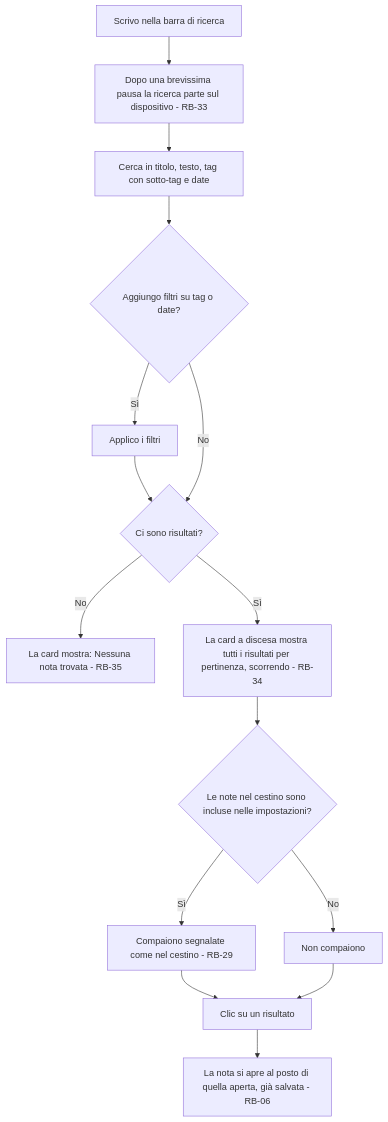
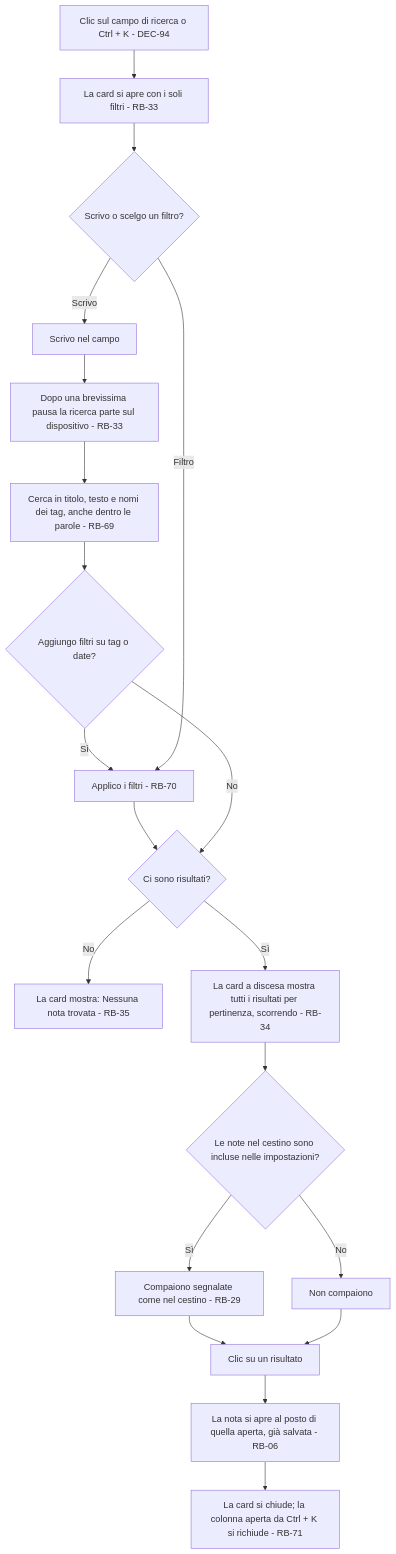
One commit to Helmutsti/MemoDu changed the second of 3 diagrams in docs/moduli/organizzazione/2-flussi.md. Above: the diagram before and after it, drawn with Mermaid. The commit also changed other lines of this file and 15 other files, not shown here.

First line of the commit message:
DEC-94 RF-08 SC-01 SC-06 CMP-13 RB-69 … RB-72: ricerca in cima alla colonna, mockup approvati

````diff
--- a/docs/moduli/organizzazione/2-flussi.md
+++ b/docs/moduli/organizzazione/2-flussi.md
@@ -60,17 +60,22 @@
 ```mermaid
 flowchart TD
-    A[Scrivo nella barra di ricerca] --> B[Dopo una brevissima pausa la ricerca parte sul dispositivo - RB-33]
-    B --> C[Cerca in titolo, testo, tag con sotto-tag e date]
+    Z[Clic sul campo di ricerca o Ctrl + K - DEC-94] --> Y[La card si apre con i soli filtri - RB-33]
+    Y --> X{Scrivo o scelgo un filtro?}
+    X -- Scrivo --> A[Scrivo nel campo]
+    A --> B[Dopo una brevissima pausa la ricerca parte sul dispositivo - RB-33]
+    B --> C[Cerca in titolo, testo e nomi dei tag, anche dentro le parole - RB-69]
     C --> D{Aggiungo filtri su tag o date?}
-    D -- Sì --> E[Applico i filtri]
+    D -- Sì --> E[Applico i filtri - RB-70]
     E --> F
     D -- No --> F{Ci sono risultati?}
+    X -- Filtro --> E
     F -- No --> G[La card mostra: Nessuna nota trovata - RB-35]
     F -- Sì --> H[La card a discesa mostra tutti i risultati per pertinenza, scorrendo - RB-34]
     H --> I{Le note nel cestino sono incluse nelle impostazioni?}
     I -- Sì --> J[Compaiono segnalate come nel cestino - RB-29]
     I -- No --> K[Non compaiono]
     J --> L[Clic su un risultato]
     K --> L
     L --> M[La nota si apre al posto di quella aperta, già salvata - RB-06]
+    M --> N[La card si chiude; la colonna aperta da Ctrl + K si richiude - RB-71]
 ```
````
